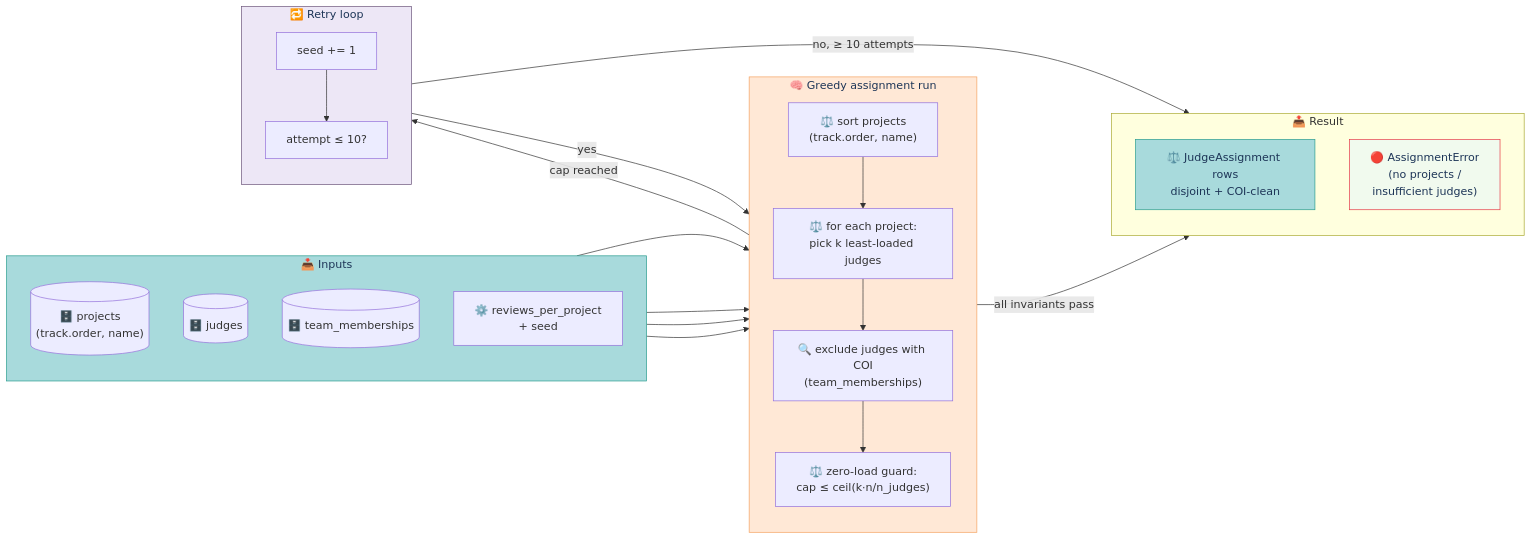
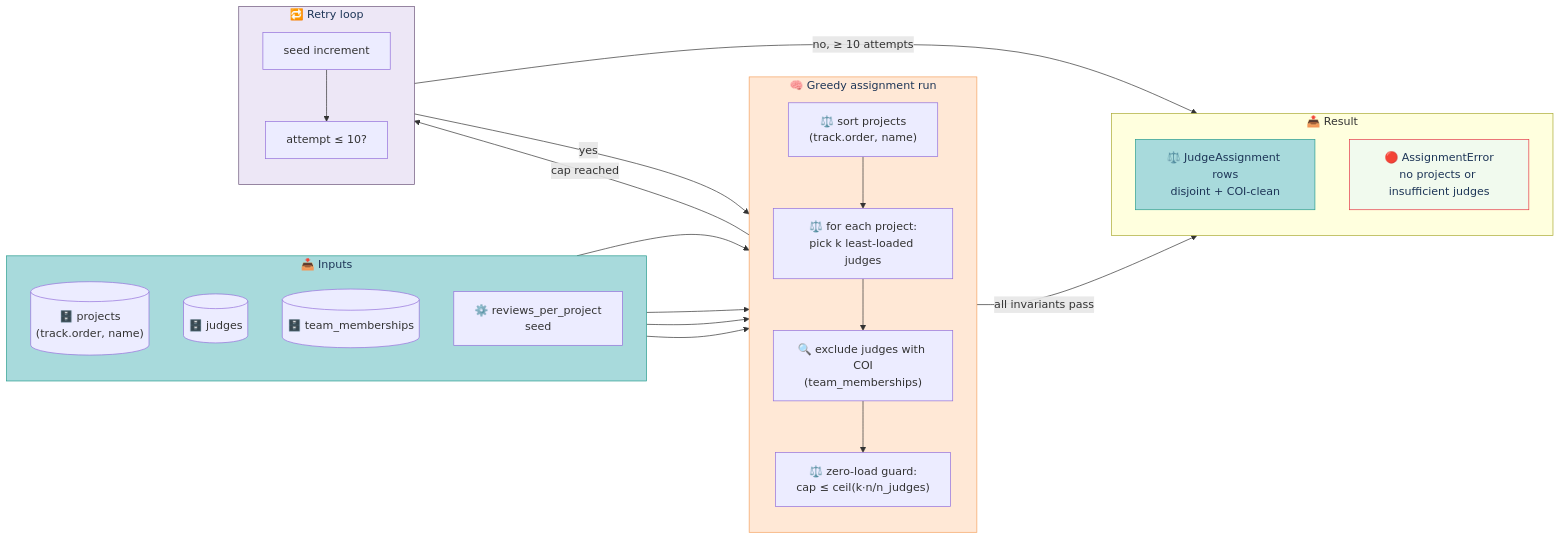
The diagram in docs/TESTING-ASSIGNMENT.md (choksi2212/dogfood-hackathon), drawn with Mermaid before and after one commit. The commit also changed 20 other files, not shown here.

First line of the commit message:
Fix mermaid parse errors across 21 docs

````diff
--- a/docs/TESTING-ASSIGNMENT.md
+++ b/docs/TESTING-ASSIGNMENT.md
@@ -15,46 +15,46 @@
 ```mermaid
 flowchart LR
     subgraph IN["📥 Inputs"]
         direction TB
         P[("🗄️ projects<br/>(track.order, name)")]
         J[("🗄️ judges")]
         COI[("🗄️ team_memberships")]
-        CFG["⚙️ reviews_per_project<br/>+ seed"]
+        CFG["⚙️ reviews_per_project<br/>seed"]
     end
 
     subgraph RUN["🧠 Greedy assignment run"]
         direction TB
         S1["⚖️ sort projects<br/>(track.order, name)"]
         S2["⚖️ for each project:<br/>pick k least-loaded judges"]
         S3["🔍 exclude judges with COI<br/>(team_memberships)"]
         S4["⚖️ zero-load guard:<br/>cap ≤ ceil(k·n/n_judges)"]
     end
 
     subgraph RETRY["🔁 Retry loop"]
         direction TB
-        R1["seed += 1"]
+        R1["seed increment"]
         R2["attempt ≤ 10?"]
     end
 
     subgraph OUT["📤 Result"]
         direction TB
         OK["⚖️ JudgeAssignment rows<br/>disjoint + COI-clean"]
-        ERR["🔴 AssignmentError<br/>(no projects /<br/>insufficient judges)"]
+        ERR["🔴 AssignmentError<br/>no projects or insufficient judges"]
     end
 
     P --> S1
     J --> S2
     COI --> S3
     CFG --> S2
     S1 --> S2 --> S3 --> S4
     S4 -->|all invariants pass| OK
     S4 -->|cap reached| R1 --> R2
     R2 -->|yes| S2
     R2 -->|no, ≥ 10 attempts| ERR
 
     style IN fill:#A8DADC,stroke:#2A9D8F,color:#1D3557
     style RUN fill:#FFE8D6,stroke:#F4A261,color:#1D3557
     style RETRY fill:#EDE7F6,stroke:#6C567B,color:#1D3557
     style OK fill:#A8DADC,stroke:#2A9D8F,color:#1D3557
     style ERR fill:#F1FAEE,stroke:#E63946,color:#1D3557
 ```
````
